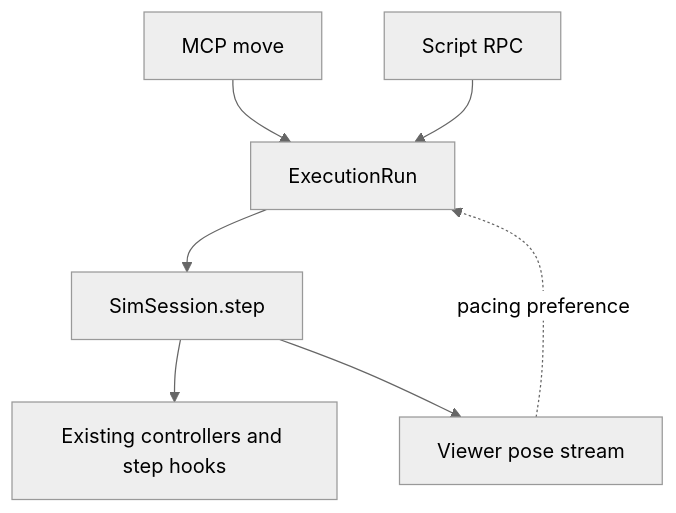
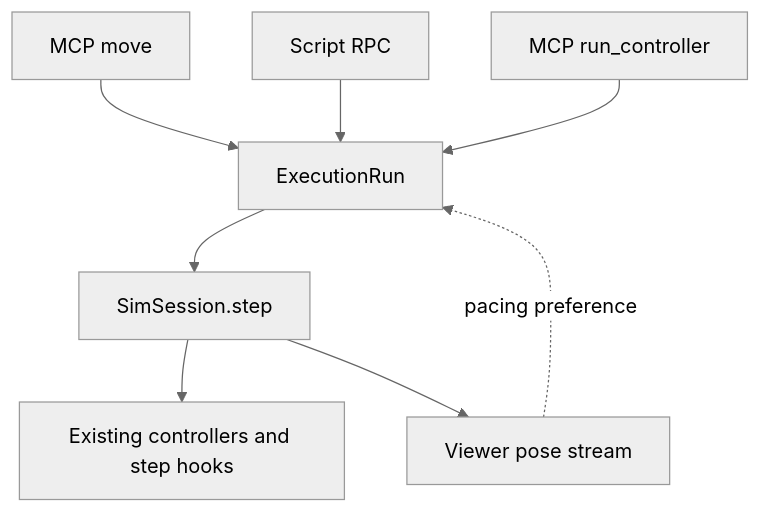
The diagram in docs/EXECUTION.md (yusenthebot/robotforge), drawn with Mermaid (neutral theme) before and after one commit. The commit also changed other lines of this file and 12 other files, not shown here.

````diff
--- a/docs/EXECUTION.md
+++ b/docs/EXECUTION.md
@@ -15,9 +15,10 @@
 ```mermaid
 flowchart TD
     M[MCP move] --> E[ExecutionRun]
     S[Script RPC] --> E
+    R[MCP run_controller] --> E
     E --> P[SimSession.step]
     P --> C[Existing controllers and step hooks]
     P --> V[Viewer pose stream]
     V -. pacing preference .-> E
 ```
````
